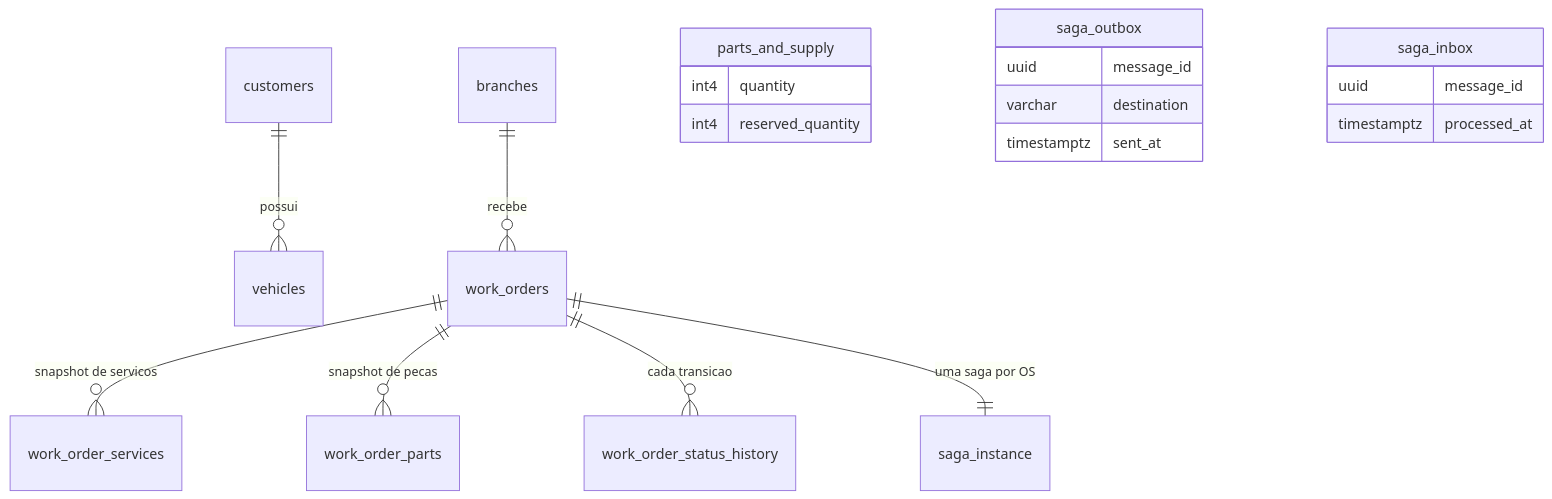
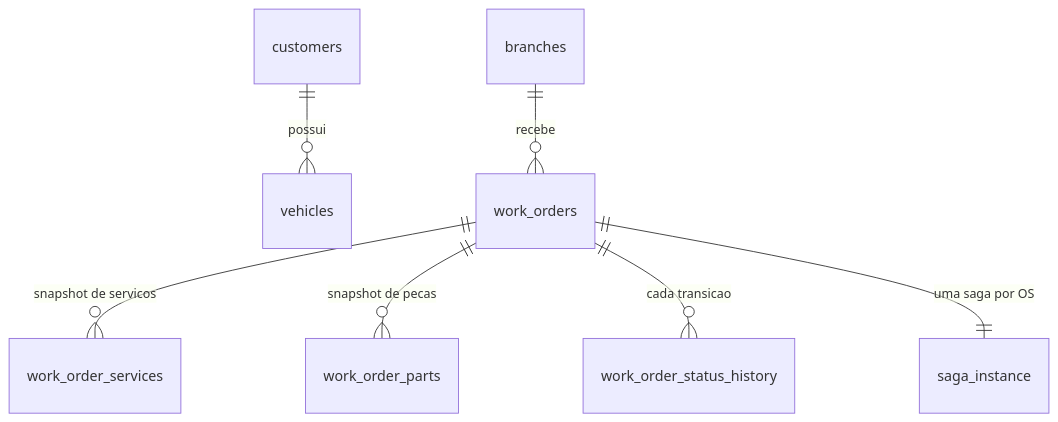
The first of 2 diagrams in docs/arquitetura/banco-de-dados.md (CleytonOngaratto/fiap-fase4-os-service), drawn with Mermaid before and after one commit. The commit also changed other lines of this file and 27 other files, not shown here.

````diff
--- a/docs/arquitetura/banco-de-dados.md
+++ b/docs/arquitetura/banco-de-dados.md
@@ -15,22 +15,9 @@
 ```mermaid
 erDiagram
     customers ||--o{ vehicles : possui
     branches ||--o{ work_orders : recebe
     work_orders ||--o{ work_order_services : "snapshot de servicos"
     work_orders ||--o{ work_order_parts : "snapshot de pecas"
     work_orders ||--o{ work_order_status_history : "cada transicao"
     work_orders ||--|| saga_instance : "uma saga por OS"
-    parts_and_supply {
-        int4 quantity
-        int4 reserved_quantity
-    }
-    saga_outbox {
-        uuid message_id
-        varchar destination
-        timestamptz sent_at
-    }
-    saga_inbox {
-        uuid message_id
-        timestamptz processed_at
-    }
 ```
````
